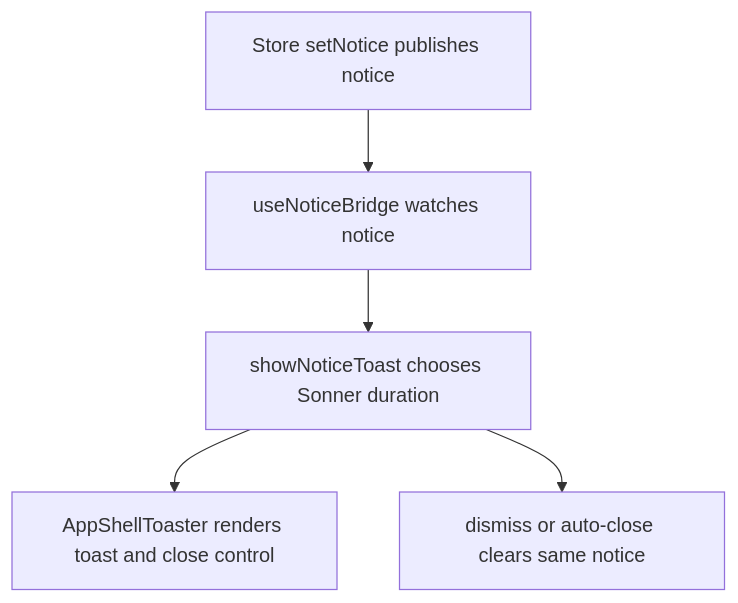
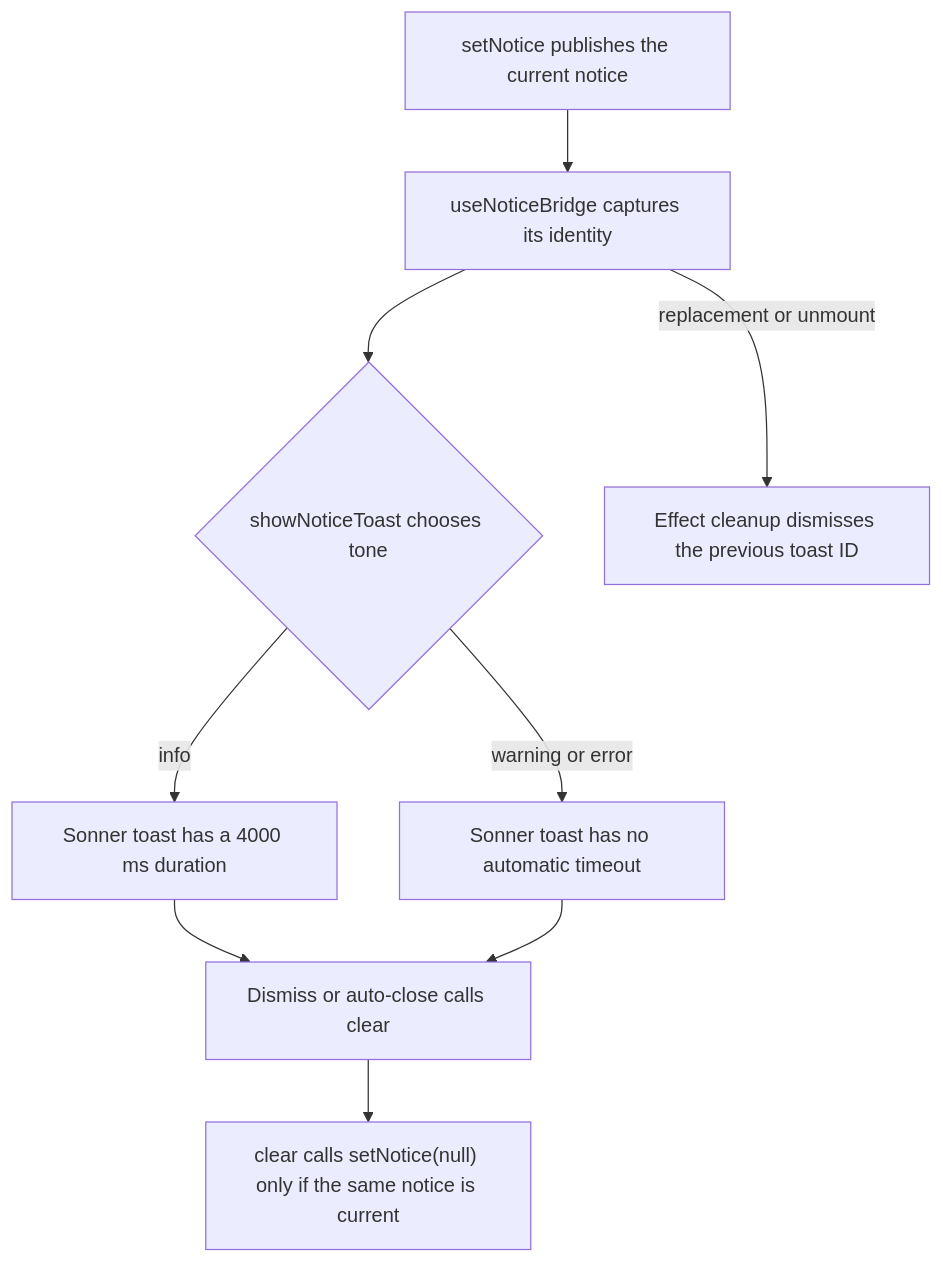
The second of 2 diagrams in user-stories/navigation/US-NAV-05-toast-autodismiss.md (Kevinjohn/capacitylens), drawn with Mermaid before and after one commit. The commit also changed other lines of this file and 172 other files, not shown here.

Commit message:
docs: reconcile user story code flows with source

````diff
--- a/user-stories/navigation/US-NAV-05-toast-autodismiss.md
+++ b/user-stories/navigation/US-NAV-05-toast-autodismiss.md
@@ -34,7 +34,11 @@
 ```mermaid
 flowchart TD
-  producer["Store setNotice publishes notice"] --> bridge["useNoticeBridge watches notice"]
-  bridge --> toast["showNoticeToast chooses Sonner duration"]
-  toast --> host["AppShellToaster renders toast and close control"]
-  toast --> clear["dismiss or auto-close clears same notice"]
+  notice["setNotice publishes the current notice"] --> bridge["useNoticeBridge captures its identity"]
+  bridge --> tone{"showNoticeToast chooses tone"}
+  tone -->|info| timed["Sonner toast has a 4000 ms duration"]
+  tone -->|warning or error| manual["Sonner toast has no automatic timeout"]
+  timed --> done["Dismiss or auto-close calls clear"]
+  manual --> done
+  done --> guard["clear calls setNotice(null) only if the same notice is current"]
+  bridge -->|replacement or unmount| cleanup["Effect cleanup dismisses the previous toast ID"]
 ```
````
